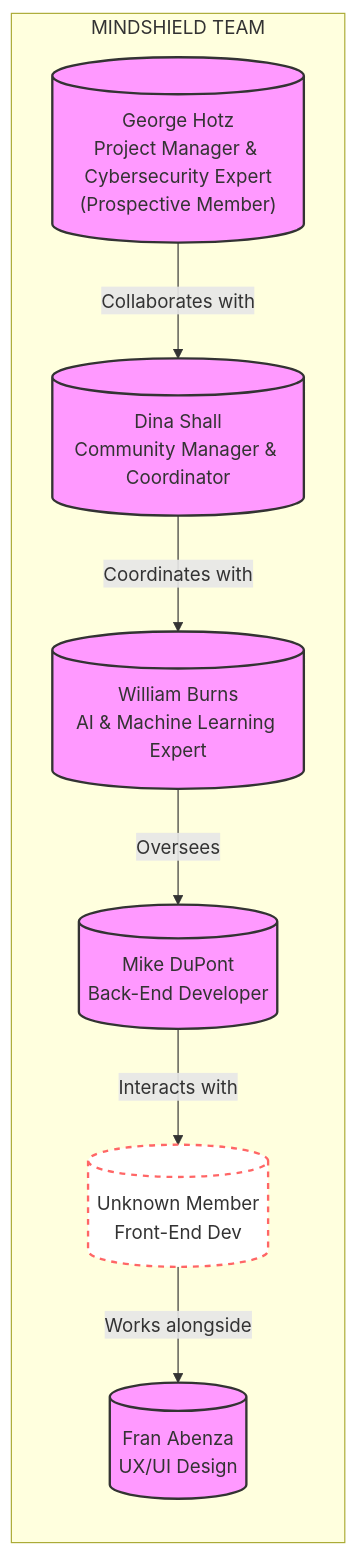
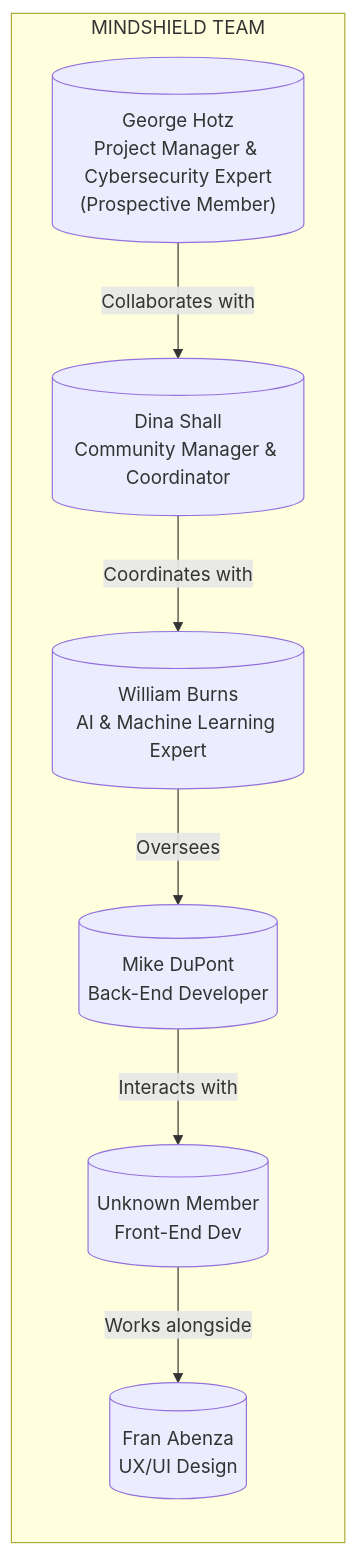
One commit to Mind-Interfaces/MindShield changed the diagram in Accelerator/TEAM-PROPOSAL.md. Above: the diagram before and after it, drawn with Mermaid.

````diff
--- a/Accelerator/TEAM-PROPOSAL.md
+++ b/Accelerator/TEAM-PROPOSAL.md
@@ -1,23 +1,22 @@
 ```mermaid
-flowchart LR;
-    subgraph MINDSHIELD_TEAM["MINDSHIELD TEAM"];
+graph TD;
+
+    subgraph MIND_INTERFACES["MINDSHIELD TEAM"];
+
     direction TB;
+
         George_Hotz[("George Hotz\nProject Manager & Cybersecurity Expert\n(Prospective Member)")];
         Dina_Shall[("Dina Shall\nCommunity Manager & Coordinator")];
         William_Burns[("William Burns\nAI & Machine Learning Expert")];
         Mike_DuPont[("Mike DuPont\nBack-End Developer")];
         Unknown1[("Unknown Member\nFront-End Dev")];
         Fran_Abenza[("Fran Abenza\nUX/UI Design")];
 
         George_Hotz -->|Collaborates with| Dina_Shall;
         Dina_Shall -->|Coordinates with| William_Burns;
         William_Burns -->|Oversees| Mike_DuPont;
         Mike_DuPont -->|Interacts with| Unknown1;
         Unknown1 -->|Works alongside| Fran_Abenza;
+
     end;
-
-    classDef default fill:#f9f,stroke:#333,stroke-width:2px;
-    classDef unknown fill:#fff,stroke:#f66,stroke-width:2px,stroke-dasharray: 5 5;
-    class William_Burns,Dina_Shall,George_Hotz,Mike_DuPont,Fran_Abenza default;
-    class Unknown1 unknown;
 ```
````
